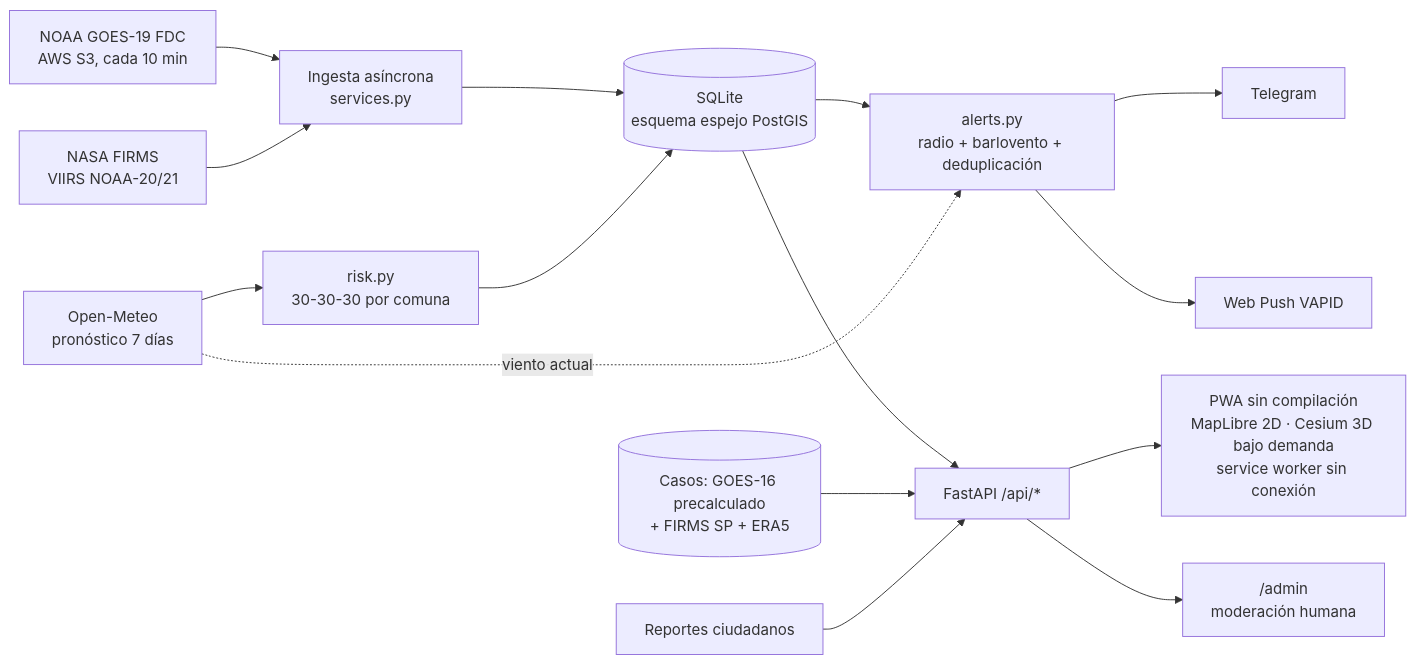
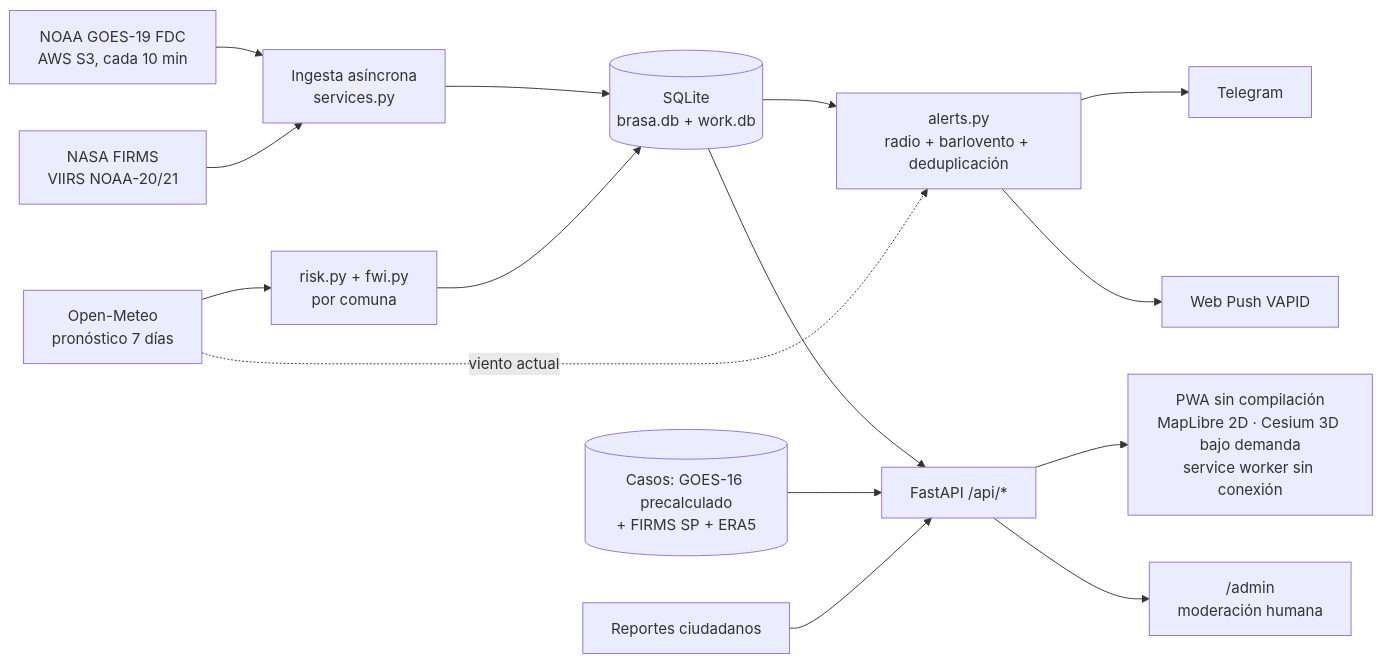
The diagram in docs/ARQUITECTURA.md (falopass/brasas), drawn with Mermaid before and after one commit. The commit also changed other lines of this file and 1 other file, not shown here.

````diff
--- a/docs/ARQUITECTURA.md
+++ b/docs/ARQUITECTURA.md
@@ -12,16 +143,16 @@
 ```mermaid
 flowchart LR
   G["NOAA GOES-19 FDC<br/>AWS S3, cada 10 min"] --> I
   F["NASA FIRMS<br/>VIIRS NOAA-20/21"] --> I
-  I["Ingesta asíncrona<br/>services.py"] --> DB[("SQLite<br/>esquema espejo PostGIS")]
-  OM["Open-Meteo<br/>pronóstico 7 días"] --> R["risk.py<br/>30-30-30 por comuna"] --> DB
+  I["Ingesta asíncrona<br/>services.py"] --> DB[("SQLite<br/>brasa.db + work.db")]
+  OM["Open-Meteo<br/>pronóstico 7 días"] --> R["risk.py + fwi.py<br/>por comuna"] --> DB
   DB --> A["alerts.py<br/>radio + barlovento + deduplicación"]
   OM -. viento actual .-> A
   A --> TG[Telegram]
   A --> WP[Web Push VAPID]
   DB --> API["FastAPI /api/*"]
   C[("Casos: GOES-16 precalculado<br/>+ FIRMS SP + ERA5")] --> API
   API --> PWA["PWA sin compilación<br/>MapLibre 2D · Cesium 3D bajo demanda<br/>service worker sin conexión"]
   U[Reportes ciudadanos] --> API
   API --> MOD["/admin<br/>moderación humana"]
 ```
````
